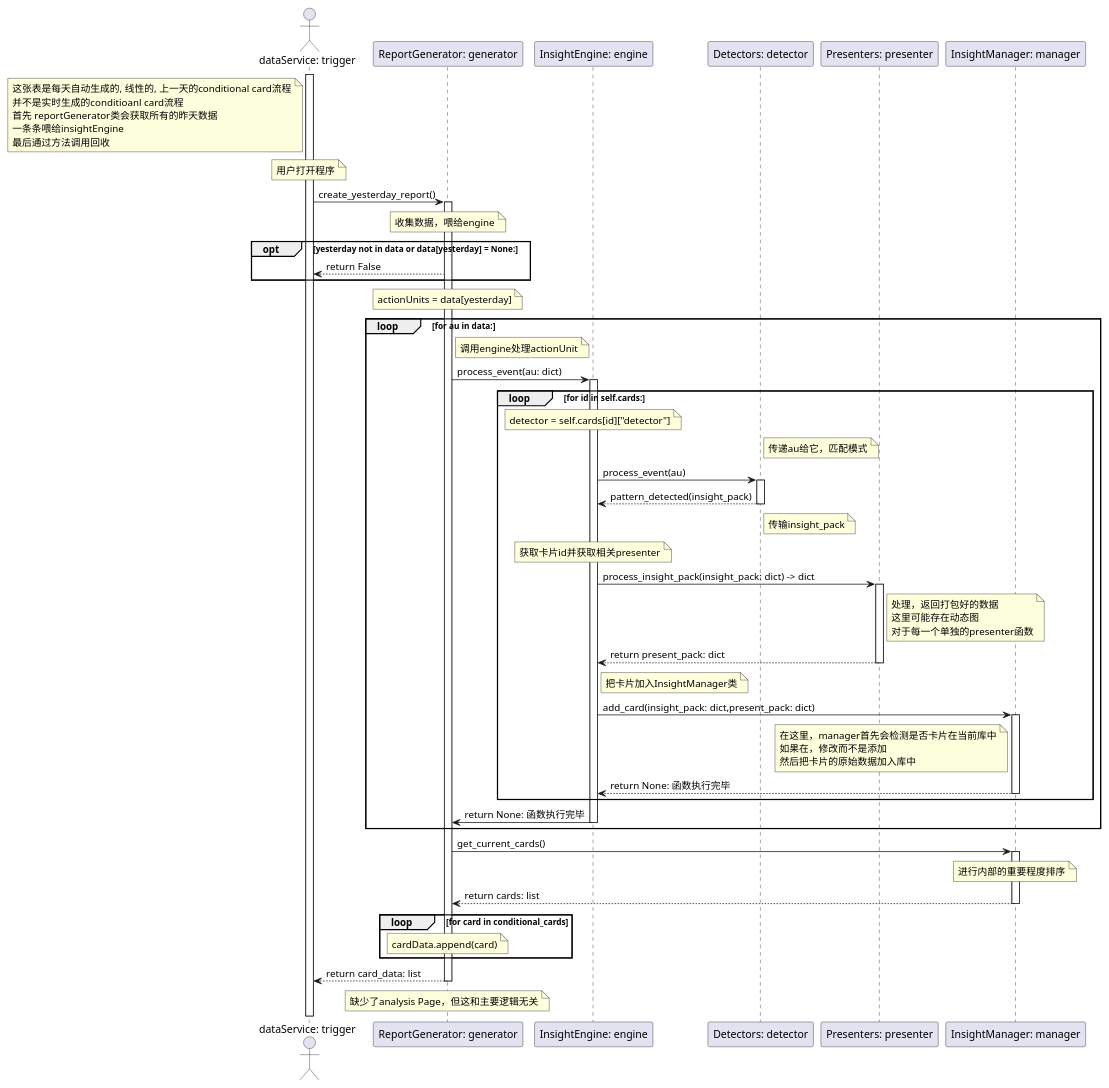
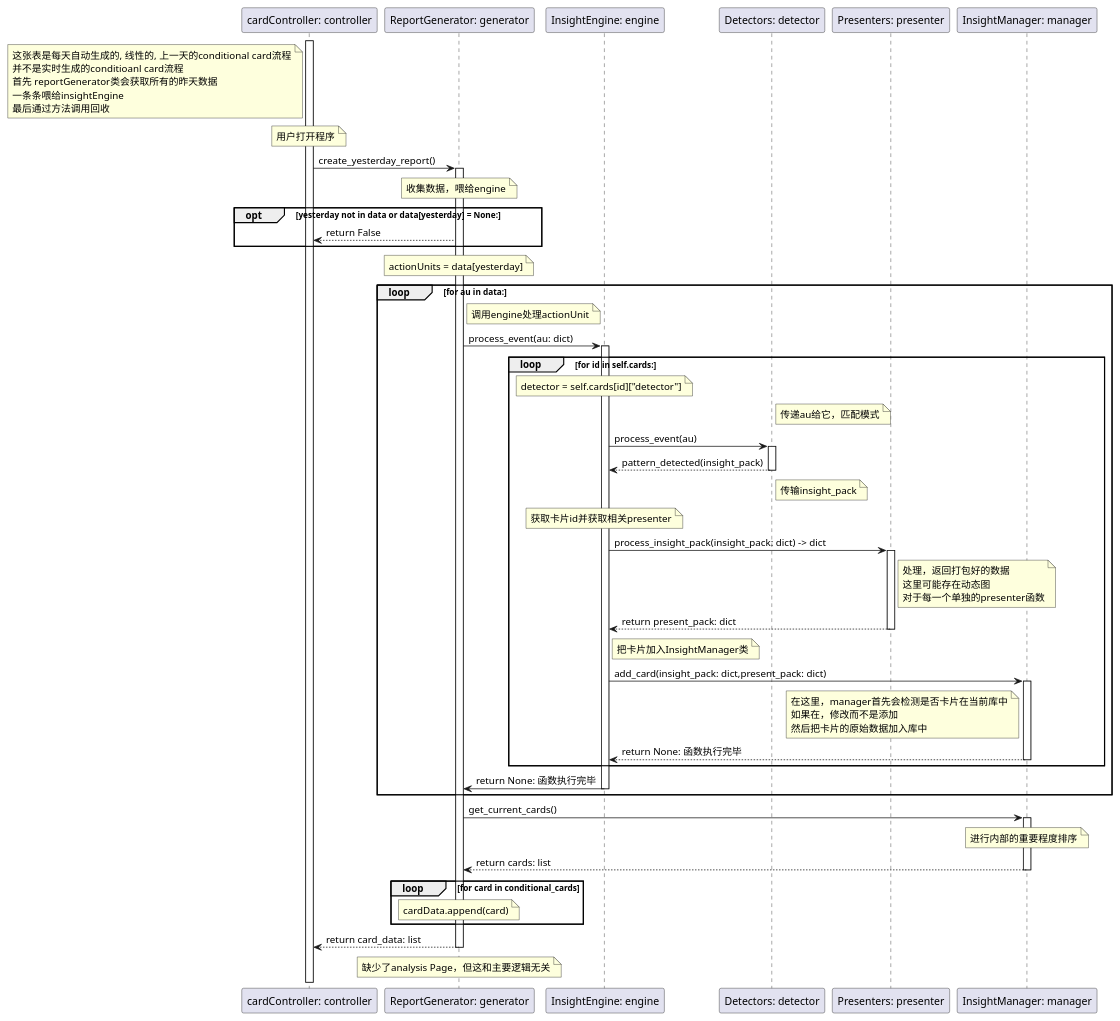
The diagram in documents/umls/[1]conditional_card_generation_linear.puml (67-68/Time-Integrator), drawn with PlantUML before and after one commit. The commit also changed other lines of this file and 31 other files, not shown here.

```diff
--- a/documents/umls/[1]conditional_card_generation_linear.puml
+++ b/documents/umls/[1]conditional_card_generation_linear.puml
@@ -1,109 +1,109 @@
 @startuml
 ' 创建所有需要的部分
 
-actor "dataService: trigger" as trigger
+participant "cardController: controller" as controller
 participant "ReportGenerator: generator" as generator
 participant "InsightEngine: engine" as engine
 participant "Detectors: detector" as detector
 participant "Presenters: presenter" as presenter
 participant "InsightManager: manager" as manager
 
-note left of trigger
+note left of controller
     这张表是每天自动生成的, 线性的, 上一天的conditional card流程
     并不是实时生成的conditioanl card流程
     首先 reportGenerator类会获取所有的昨天数据
     一条条喂给insightEngine
     最后通过方法调用回收
 end note
 
-activate trigger
-note over trigger: 用户打开程序
-trigger -> generator: create_yesterday_report()
+activate controller
+note over controller: 用户打开程序
+controller -> generator: create_yesterday_report()
 
 note over generator: 收集数据，喂给engine
 activate generator
 
 ' 如果没有数据就提前返回
 opt yesterday not in data or data[yesterday] = None:
-    generator --> trigger: return False
+    generator --> controller: return False
 end
 
 note over generator: actionUnits = data[yesterday]
 
 ' 开始喂数据
 loop for au in data: 
     note right of generator: 调用engine处理actionUnit
     generator -> engine: process_event(au: dict)
     activate engine
 
     loop for id in self.cards:
         note over engine: detector = self.cards[id]["detector"]
         
         ' 进入detector部分，开始使用状态机
         note right of detector: 传递au给它，匹配模式
         engine -> detector: process_event(au)
         activate detector
         
         ' 这里有一张关于detector内部的活动图
 
         detector --> engine: pattern_detected(insight_pack)
         note right of detector
             传输insight_pack
         end note
         deactivate detector
 
         ' 开始处理传送回来的数据
         note over engine: 获取卡片id并获取相关presenter
         engine -> presenter: process_insight_pack(insight_pack: dict) -> dict
         activate presenter
 
         note right of presenter
             处理，返回打包好的数据
             这里可能存在动态图
             对于每一个单独的presenter函数
         end note
         presenter --> engine: return present_pack: dict
         deactivate presenter
 
         ' 把卡片加入InsightManager类
         note right of engine
             把卡片加入InsightManager类
         end note
 
         engine -> manager: add_card(insight_pack: dict,present_pack: dict)
         activate manager
         note left of manager
             在这里，manager首先会检测是否卡片在当前库中
             如果在，修改而不是添加
             然后把卡片的原始数据加入库中
         end note
 
         ' manager执行完毕
         manager --> engine: return None: 函数执行完毕
         deactivate manager
     end
 
     ' Engine执行完毕
     engine -> generator: return None: 函数执行完毕
     deactivate engine
 end
 
 ' generator调用，展示数据
 generator -> manager: get_current_cards()
 activate manager
 
 note over manager: 进行内部的重要程度排序
 manager --> generator: return cards: list
 deactivate manager
 
 ' 把卡片信息用来制造trendCards
 
 loop for card in conditional_cards
     note over generator: cardData.append(card)
 end
 
-generator --> trigger: return card_data: list
+generator --> controller: return card_data: list
 deactivate generator
 note over generator: 缺少了analysis Page，但这和主要逻辑无关
 ' 
 @enduml
```
